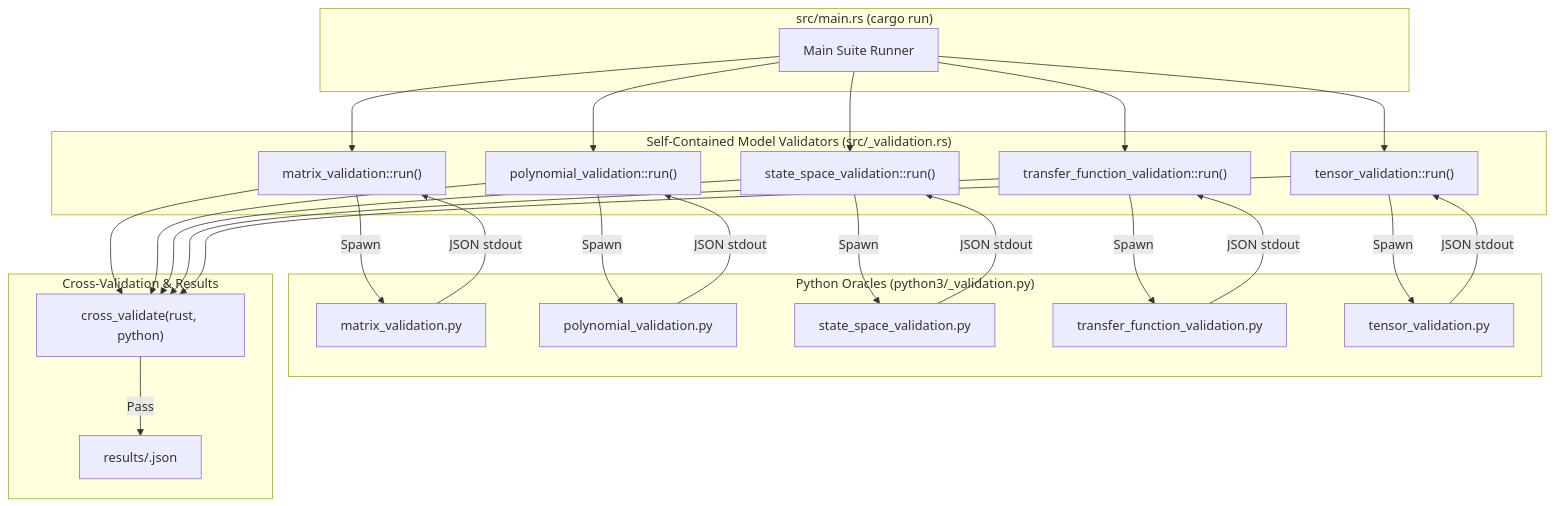
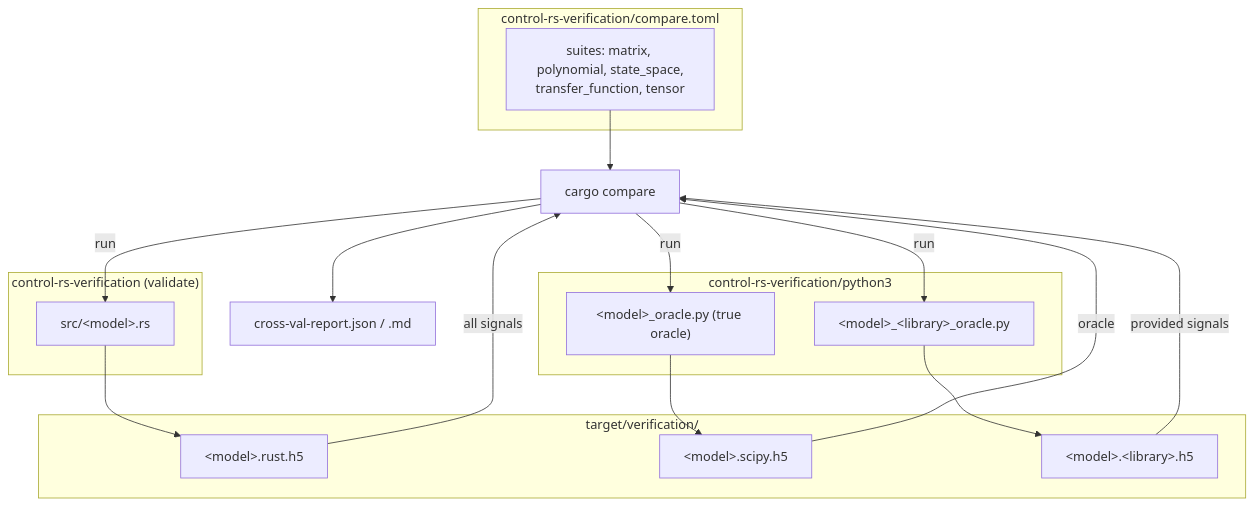
One commit to Dyse-Industries/control-rs changed the diagram in documentation/numerical-models/numerical-models-design.md. Above: the diagram before and after it, drawn with Mermaid. The commit also changed other lines of this file and 130 other files, not shown here.

````diff
--- a/documentation/numerical-models/numerical-models-design.md
+++ b/documentation/numerical-models/numerical-models-design.md
@@ -94,49 +84,36 @@
 ```mermaid
 graph TD
-    subgraph Orchestration ["src/main.rs (cargo run)"]
-        Main["Main Suite Runner"]
+    subgraph Config ["control-rs-verification/compare.toml"]
+        Suites["suites: matrix, polynomial, state_space,<br/>transfer_function, tensor"]
     end
 
-    subgraph Validators ["Self-Contained Model Validators (src/<model>_validation.rs)"]
-        MatVal["matrix_validation::run()"]
-        PolyVal["polynomial_validation::run()"]
-        SSVal["state_space_validation::run()"]
-        TFVal["transfer_function_validation::run()"]
-        TensorVal["tensor_validation::run()"]
+    subgraph Emitters ["control-rs-verification (validate)"]
+        RustBin["src/&lt;model&gt;.rs"]
     end
 
-    subgraph Oracles ["Python Oracles (python3/<model>_validation.py)"]
-        PyMat["matrix_validation.py"]
-        PyPoly["polynomial_validation.py"]
-        PySS["state_space_validation.py"]
-        PyTF["transfer_function_validation.py"]
-        PyTensor["tensor_validation.py"]
+    subgraph Oracles ["control-rs-verification/python3"]
+        SciPy["&lt;model&gt;_oracle.py (true oracle)"]
+        Alt["&lt;model&gt;_&lt;library&gt;_oracle.py"]
     end
 
-    subgraph Verification ["Cross-Validation & Results"]
-        CrossCheck["cross_validate(rust, python)"]
-        ResJson["results/<model>.json"]
+    subgraph Results ["target/verification/"]
+        RustH5["&lt;model&gt;.rust.h5"]
+        SciPyH5["&lt;model&gt;.scipy.h5"]
+        AltH5["&lt;model&gt;.&lt;library&gt;.h5"]
     end
 
-    Main --> MatVal
-    Main --> PolyVal
-    Main --> SSVal
-    Main --> TFVal
-    Main --> TensorVal
-    MatVal -->|Spawn| PyMat
-    PolyVal -->|Spawn| PyPoly
-    SSVal -->|Spawn| PySS
-    TFVal -->|Spawn| PyTF
-    TensorVal -->|Spawn| PyTensor
-    PyMat -->|JSON stdout| MatVal
-    PyPoly -->|JSON stdout| PolyVal
-    PySS -->|JSON stdout| SSVal
-    PyTF -->|JSON stdout| TFVal
-    PyTensor -->|JSON stdout| TensorVal
-    MatVal --> CrossCheck
-    PolyVal --> CrossCheck
-    SSVal --> CrossCheck
-    TFVal --> CrossCheck
-    TensorVal --> CrossCheck
-    CrossCheck -->|Pass| ResJson
+    Compare["cargo compare"]
+    Report["cross-val-report.json / .md"]
+
+    Suites --> Compare
+    Compare -->|run| RustBin
+    Compare -->|run| SciPy
+    Compare -->|run| Alt
+    RustBin --> RustH5
+    SciPy --> SciPyH5
+    Alt --> AltH5
+    SciPyH5 -->|oracle| Compare
+    RustH5 -->|all signals| Compare
+    AltH5 -->|provided signals| Compare
+    Compare --> Report
 ```
````
